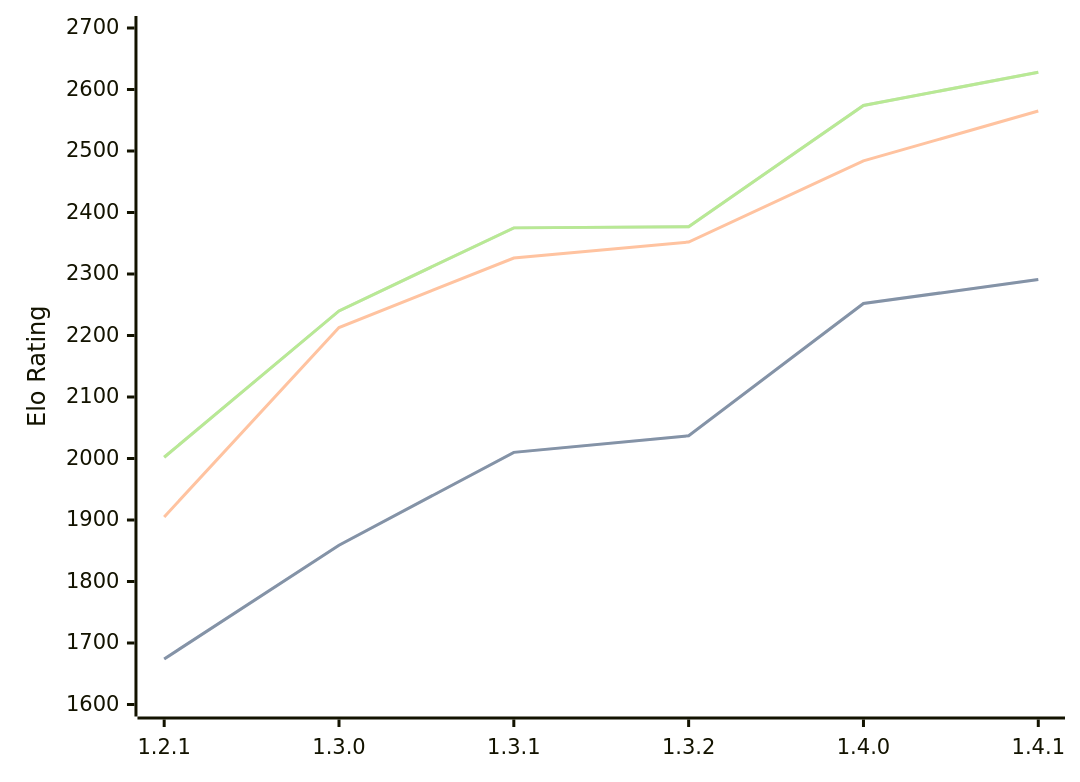
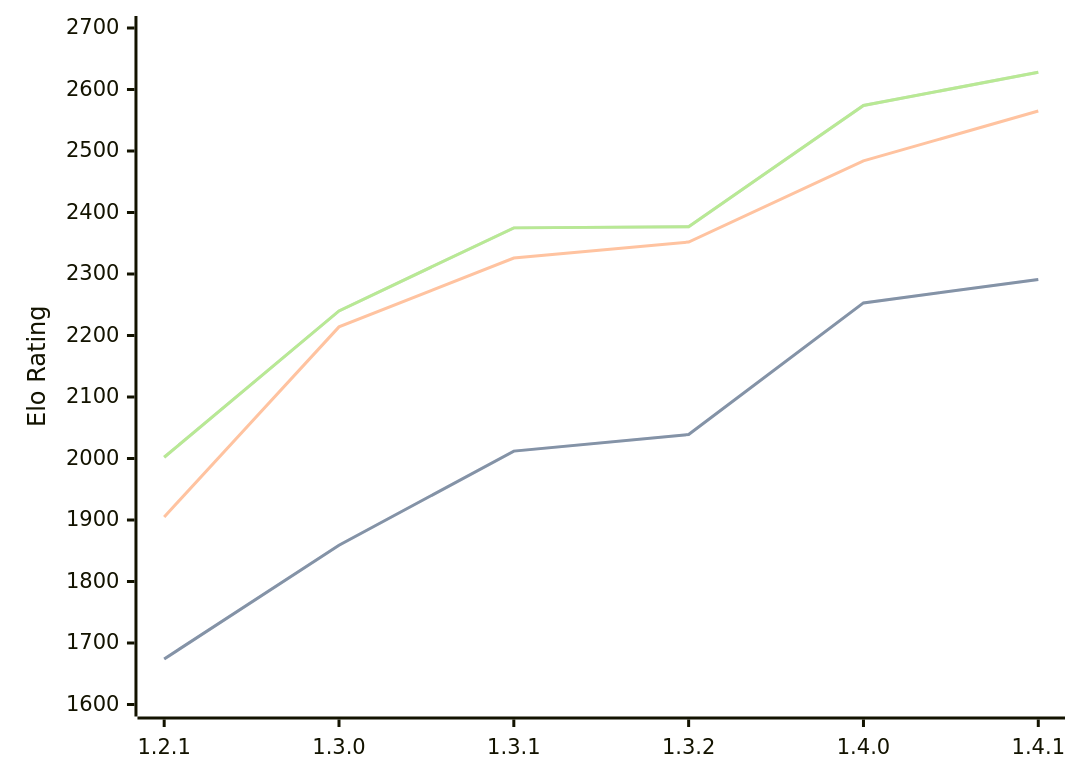
The first of 3 diagrams in engines/Chal.md (computer-chess-index/cci), drawn with Mermaid before and after one commit. The commit also changed other lines of this file, not shown here.

````diff
--- a/engines/Chal.md
+++ b/engines/Chal.md
@@ -39,11 +39,11 @@
 ```mermaid
 %%{init: {"theme":"base","themeVariables":{"seriesColors:['#a3a3a3','#222221','#faa371']}}}%%
 xychart-beta
   x-axis ["1.2.1", "1.3.0", "1.3.1", "1.3.2", "1.4.0", "1.4.1"]
   y-axis "Elo Rating" 1600 --> 2700
-  line "STC (8.0+0.08s)" [1674, 1859, 2010, 2037, 2252, 2291]
-  line "STC (8.0+0.08s)" [1674, 1859, 2010, 2037, 2252, 2291]
-  line "LTC (60.0+0.60s)" [1905, 2213, 2326, 2352, 2484, 2565]
+  line "STC (8.0+0.08s)" [1674, 1859, 2012, 2039, 2253, 2291]
+  line "STC (8.0+0.08s)" [1674, 1859, 2012, 2039, 2253, 2291]
+  line "LTC (60.0+0.60s)" [1905, 2214, 2326, 2352, 2484, 2565]
   line "VLTC (2m24s+1.12s)" [2002, 2240, 2375, 2377, 2574, 2628]
   line "VLTC (2m24s+1.12s)" [2002, 2240, 2375, 2377, 2574, 2628]
 ```
````
